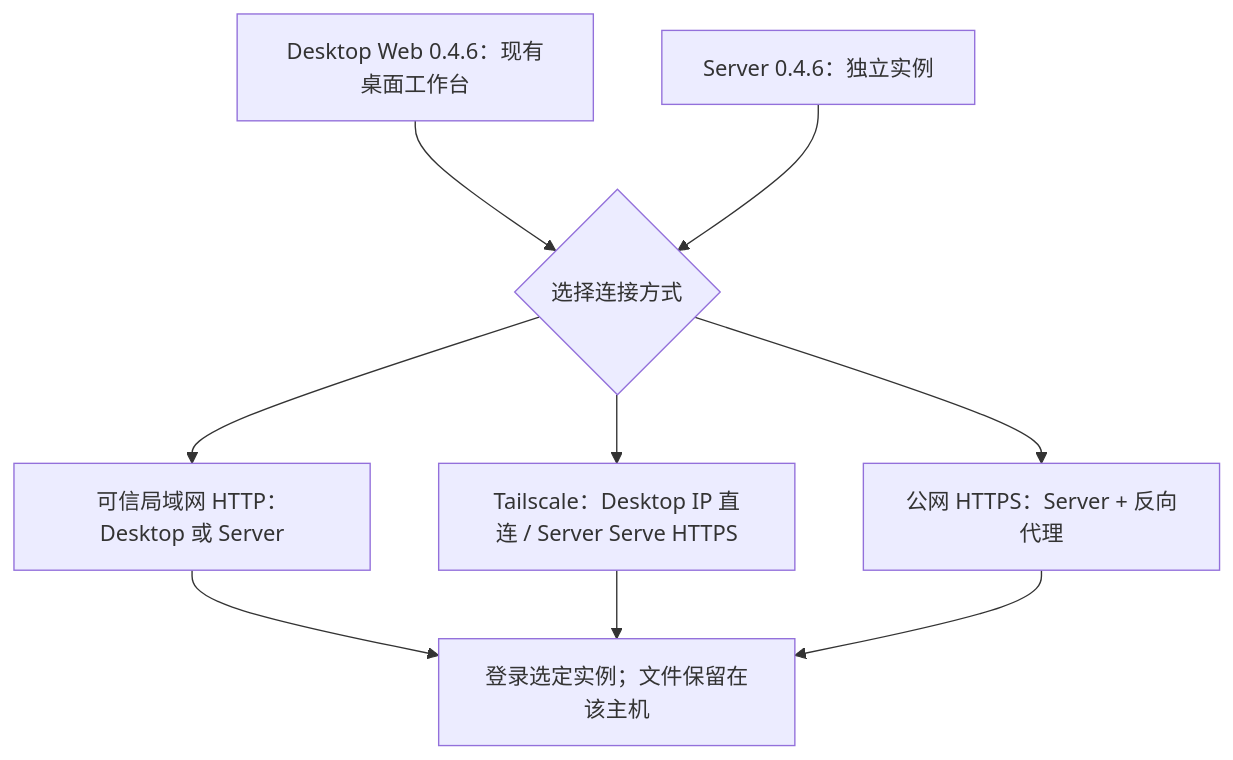
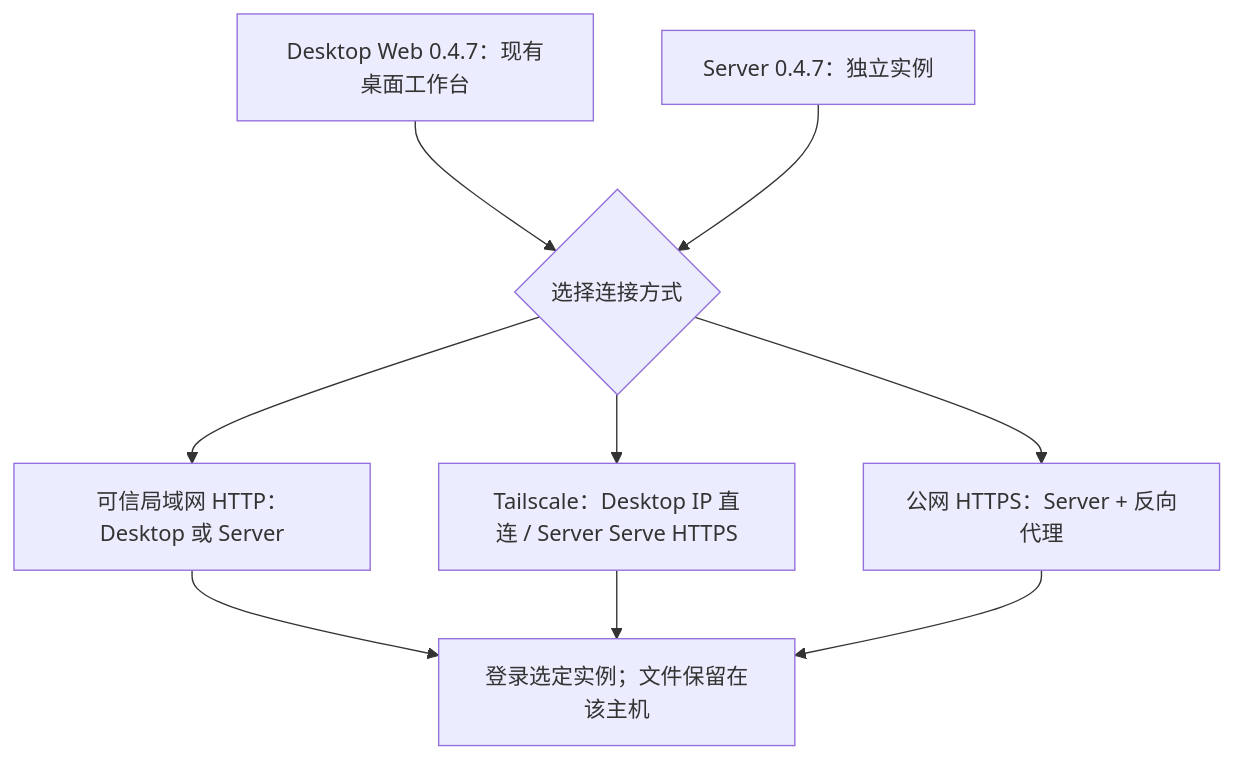
One commit to 1443205008/rovai-ai changed the diagram in website/site/public/assets/diagrams/deployment-choice-zh.mmd. Above: the diagram before and after it, drawn with Mermaid. The commit also changed 11 other files, not shown here.

```diff
--- a/website/site/public/assets/diagrams/deployment-choice-zh.mmd
+++ b/website/site/public/assets/diagrams/deployment-choice-zh.mmd
@@ -1,12 +1,12 @@
 flowchart TB
-  desktop["Desktop Web 0.4.6：现有桌面工作台"]
-  server["Server 0.4.6：独立实例"]
+  desktop["Desktop Web 0.4.7：现有桌面工作台"]
+  server["Server 0.4.7：独立实例"]
   choice{"选择连接方式"}
   desktop --> choice
   server --> choice
   choice --> lan["可信局域网 HTTP：Desktop 或 Server"]
   choice --> ts["Tailscale：Desktop IP 直连 / Server Serve HTTPS"]
   choice --> public["公网 HTTPS：Server + 反向代理"]
   lan --> login["登录选定实例；文件保留在该主机"]
   ts --> login
   public --> login
```
